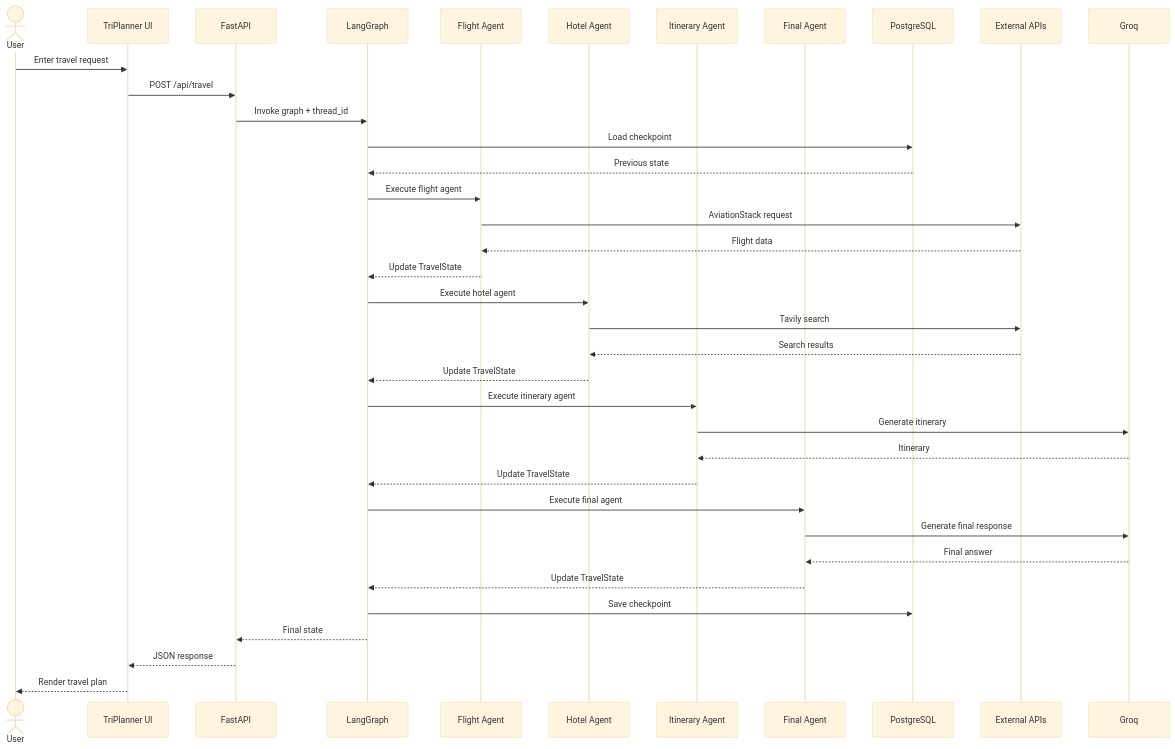
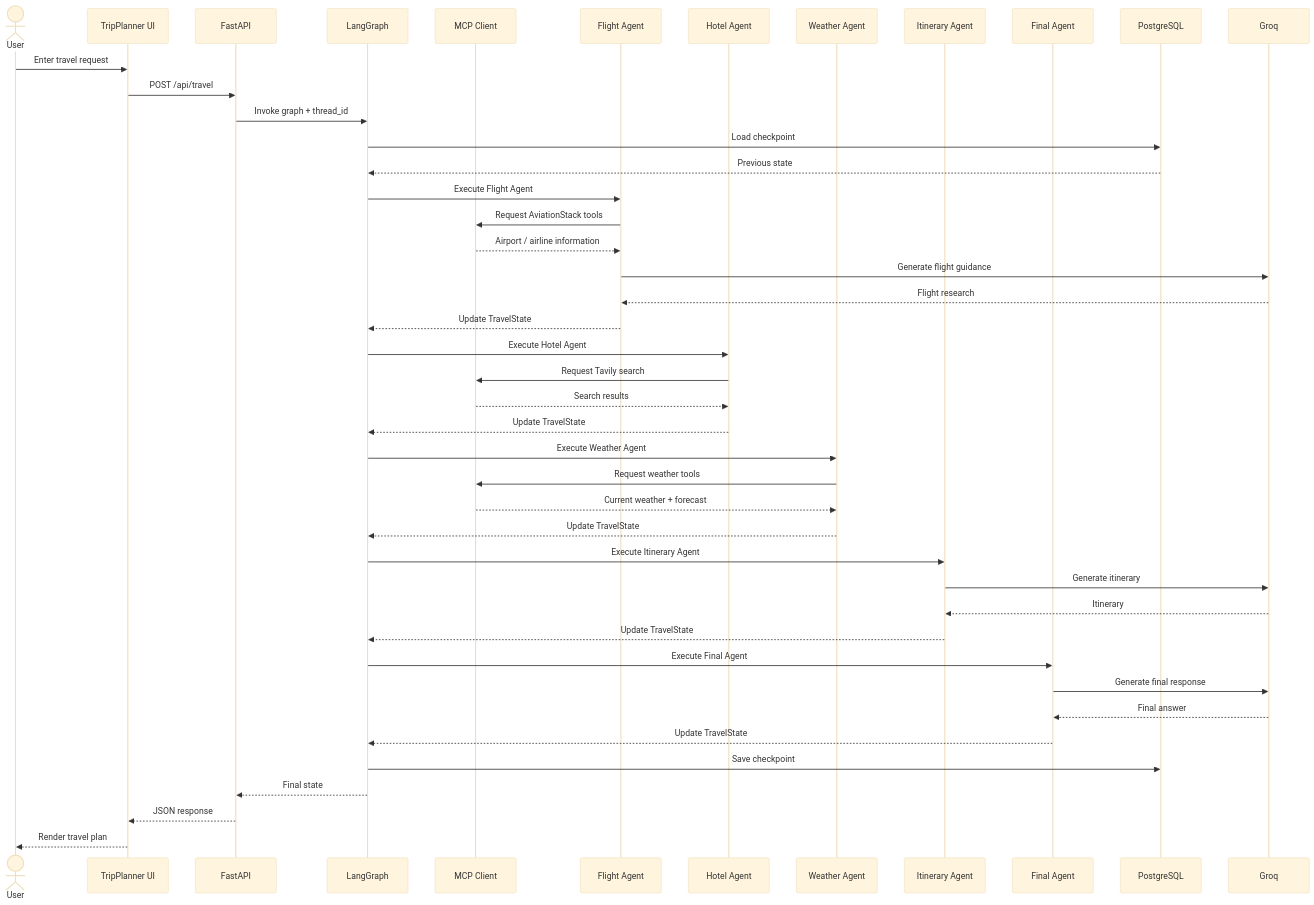
The fourth of 4 diagrams in README.md (itsapexdanav/TripPlaner-AI--A-multi-Agent-Travel-Planner-With-MCP), drawn with Mermaid (base theme) before and after one commit. The commit also changed other lines of this file, not shown here.

````diff
--- a/README.md
+++ b/README.md
@@ -983,47 +1246,57 @@
 ```mermaid
 sequenceDiagram
 
     actor User
-    participant UI as TriPlanner UI
+    participant UI as TripPlanner UI
     participant API as FastAPI
     participant LG as LangGraph
+    participant MCP as MCP Client
     participant F as Flight Agent
     participant H as Hotel Agent
+    participant W as Weather Agent
     participant I as Itinerary Agent
     participant R as Final Agent
     participant DB as PostgreSQL
-    participant EXT as External APIs
     participant LLM as Groq
 
     User->>UI: Enter travel request
     UI->>API: POST /api/travel
+
     API->>LG: Invoke graph + thread_id
 
     LG->>DB: Load checkpoint
     DB-->>LG: Previous state
 
-    LG->>F: Execute flight agent
-    F->>EXT: AviationStack request
-    EXT-->>F: Flight data
+    LG->>F: Execute Flight Agent
+    F->>MCP: Request AviationStack tools
+    MCP-->>F: Airport / airline information
+    F->>LLM: Generate flight guidance
+    LLM-->>F: Flight research
     F-->>LG: Update TravelState
 
-    LG->>H: Execute hotel agent
-    H->>EXT: Tavily search
-    EXT-->>H: Search results
+    LG->>H: Execute Hotel Agent
+    H->>MCP: Request Tavily search
+    MCP-->>H: Search results
     H-->>LG: Update TravelState
 
-    LG->>I: Execute itinerary agent
+    LG->>W: Execute Weather Agent
+    W->>MCP: Request weather tools
+    MCP-->>W: Current weather + forecast
+    W-->>LG: Update TravelState
+
+    LG->>I: Execute Itinerary Agent
     I->>LLM: Generate itinerary
     LLM-->>I: Itinerary
     I-->>LG: Update TravelState
 
-    LG->>R: Execute final agent
+    LG->>R: Execute Final Agent
     R->>LLM: Generate final response
     LLM-->>R: Final answer
     R-->>LG: Update TravelState
 
     LG->>DB: Save checkpoint
+
     LG-->>API: Final state
     API-->>UI: JSON response
     UI-->>User: Render travel plan
 ```
````
